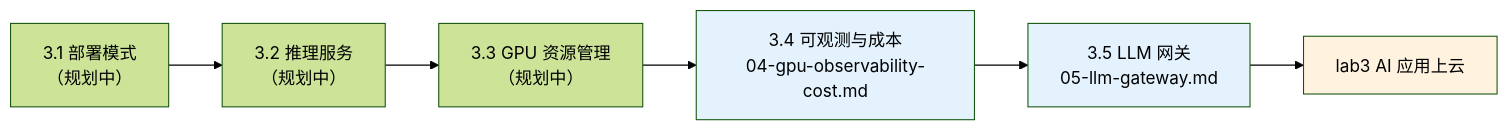
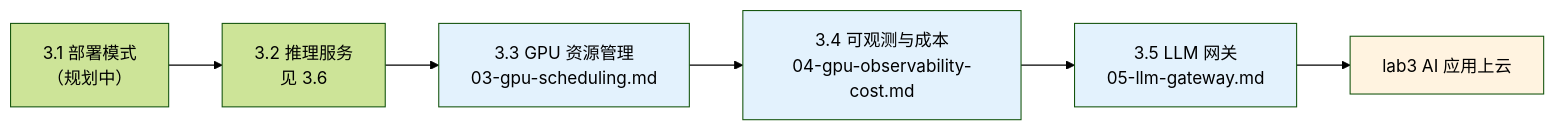
The diagram in docs/part3-ai-on-k8s/README.md (daidaiJ/ai-native-wiki), drawn with Mermaid (forest theme) before and after one commit. The commit also changed other lines of this file and 3 other files, not shown here.

Commit message:
docs: 结构梳理（根 README/LEARNING 同步新章节，part3/part4 路线图与覆盖关系修正）

````diff
--- a/docs/part3-ai-on-k8s/README.md
+++ b/docs/part3-ai-on-k8s/README.md
@@ -35,11 +35,12 @@
 ```mermaid
 flowchart LR
-    A["3.1 部署模式<br/>（规划中）"] --> B["3.2 推理服务<br/>（规划中）"]
-    B --> C["3.3 GPU 资源管理<br/>（规划中）"]
+    A["3.1 部署模式<br/>（规划中）"] --> B["3.2 推理服务<br/>见 3.6"]
+    B --> C["3.3 GPU 资源管理<br/>03-gpu-scheduling.md"]
     C --> D["3.4 可观测与成本<br/>04-gpu-observability-cost.md"]
     D --> E["3.5 LLM 网关<br/>05-llm-gateway.md"]
     E --> F["lab3 AI 应用上云"]
+    style C fill:#e3f2fd
     style D fill:#e3f2fd
     style E fill:#e3f2fd
     style F fill:#fff3e0
 ```
````
